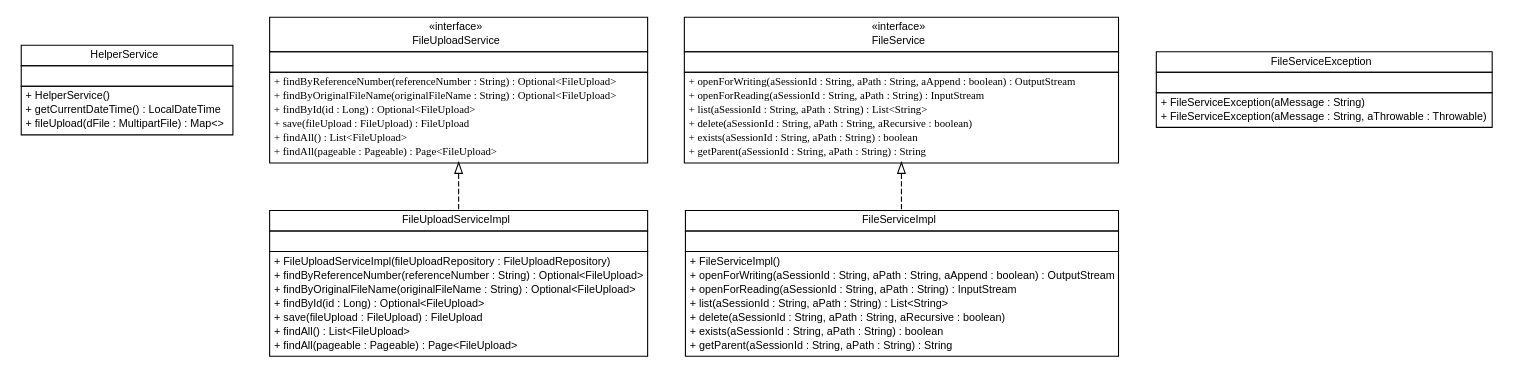
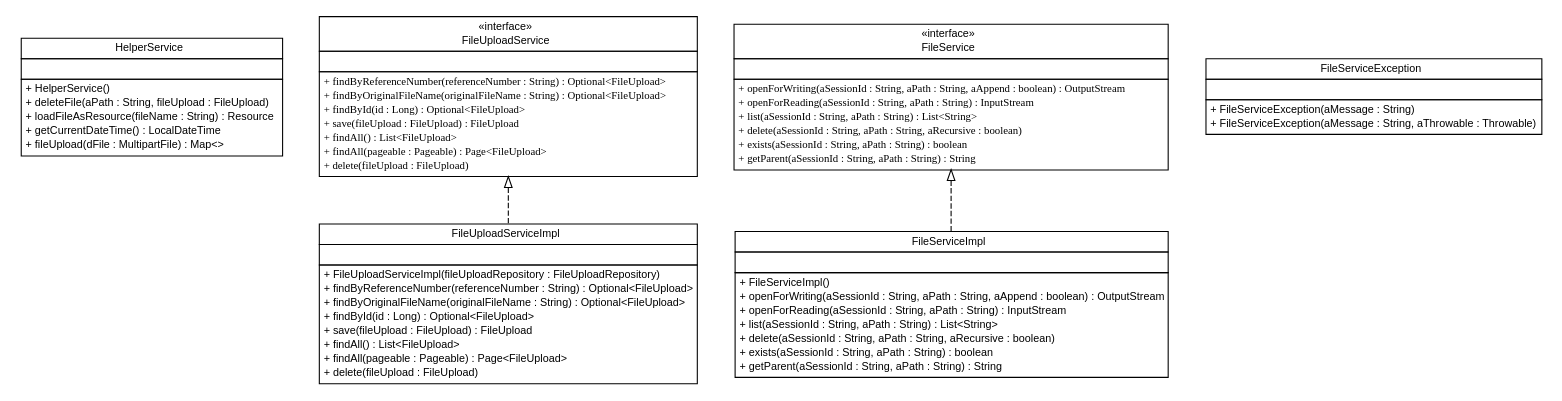
Before and after one commit to kunleawotunbo/exb_fileservice: the diagram in spring-fileservice-demo-project/server/target/apidocs/de/exb/platform/cloud/fileservice/service/de.exb.platform.cloud.fileservice.service.dot, drawn with Graphviz. The commit also changed 100 other files, not shown here.

```diff
--- a/spring-fileservice-demo-project/server/target/apidocs/de/exb/platform/cloud/fileservice/service/de.exb.platform.cloud.fileservice.service.dot
+++ b/spring-fileservice-demo-project/server/target/apidocs/de/exb/platform/cloud/fileservice/service/de.exb.platform.cloud.fileservice.service.dot
@@ -1,115 +1,119 @@
 #!/usr/local/bin/dot
 #
 # Class diagram 
 # Generated by UMLGraph version R5_6 (http://www.umlgraph.org/)
 #
 
 digraph G {
 	edge [fontname="arial",fontsize=10,labelfontname="arial",labelfontsize=10];
 	node [fontname="arial",fontsize=10,shape=plaintext];
 	nodesep=0.25;
 	ranksep=0.5;
 	// de.exb.platform.cloud.fileservice.service.HelperService
 	c122 [label=<<table title="de.exb.platform.cloud.fileservice.service.HelperService" border="0" cellborder="1" cellspacing="0" cellpadding="2" port="p" href="./HelperService.html">
 		<tr><td><table border="0" cellspacing="0" cellpadding="1">
 <tr><td align="center" balign="center"> HelperService </td></tr>
 		</table></td></tr>
 		<tr><td><table border="0" cellspacing="0" cellpadding="1">
 <tr><td align="left" balign="left">  </td></tr>
 		</table></td></tr>
 		<tr><td><table border="0" cellspacing="0" cellpadding="1">
 <tr><td align="left" balign="left"> + HelperService() </td></tr>
+<tr><td align="left" balign="left"> + deleteFile(aPath : String, fileUpload : FileUpload) </td></tr>
+<tr><td align="left" balign="left"> + loadFileAsResource(fileName : String) : Resource </td></tr>
 <tr><td align="left" balign="left"> + getCurrentDateTime() : LocalDateTime </td></tr>
 <tr><td align="left" balign="left"> + fileUpload(dFile : MultipartFile) : Map&lt;&gt; </td></tr>
 		</table></td></tr>
 		</table>>, URL="./HelperService.html", fontname="arial", fontcolor="black", fontsize=10.0];
 	// de.exb.platform.cloud.fileservice.service.FileUploadServiceImpl
 	c123 [label=<<table title="de.exb.platform.cloud.fileservice.service.FileUploadServiceImpl" border="0" cellborder="1" cellspacing="0" cellpadding="2" port="p" href="./FileUploadServiceImpl.html">
 		<tr><td><table border="0" cellspacing="0" cellpadding="1">
 <tr><td align="center" balign="center"> FileUploadServiceImpl </td></tr>
 		</table></td></tr>
 		<tr><td><table border="0" cellspacing="0" cellpadding="1">
 <tr><td align="left" balign="left">  </td></tr>
 		</table></td></tr>
 		<tr><td><table border="0" cellspacing="0" cellpadding="1">
 <tr><td align="left" balign="left"> + FileUploadServiceImpl(fileUploadRepository : FileUploadRepository) </td></tr>
 <tr><td align="left" balign="left"> + findByReferenceNumber(referenceNumber : String) : Optional&lt;FileUpload&gt; </td></tr>
 <tr><td align="left" balign="left"> + findByOriginalFileName(originalFileName : String) : Optional&lt;FileUpload&gt; </td></tr>
 <tr><td align="left" balign="left"> + findById(id : Long) : Optional&lt;FileUpload&gt; </td></tr>
 <tr><td align="left" balign="left"> + save(fileUpload : FileUpload) : FileUpload </td></tr>
 <tr><td align="left" balign="left"> + findAll() : List&lt;FileUpload&gt; </td></tr>
 <tr><td align="left" balign="left"> + findAll(pageable : Pageable) : Page&lt;FileUpload&gt; </td></tr>
+<tr><td align="left" balign="left"> + delete(fileUpload : FileUpload) </td></tr>
 		</table></td></tr>
 		</table>>, URL="./FileUploadServiceImpl.html", fontname="arial", fontcolor="black", fontsize=10.0];
 	// de.exb.platform.cloud.fileservice.service.FileUploadService
 	c124 [label=<<table title="de.exb.platform.cloud.fileservice.service.FileUploadService" border="0" cellborder="1" cellspacing="0" cellpadding="2" port="p" href="./FileUploadService.html">
 		<tr><td><table border="0" cellspacing="0" cellpadding="1">
 <tr><td align="center" balign="center"> &#171;interface&#187; </td></tr>
 <tr><td align="center" balign="center"> FileUploadService </td></tr>
 		</table></td></tr>
 		<tr><td><table border="0" cellspacing="0" cellpadding="1">
 <tr><td align="left" balign="left">  </td></tr>
 		</table></td></tr>
 		<tr><td><table border="0" cellspacing="0" cellpadding="1">
 <tr><td align="left" balign="left"><font face="arial italic" point-size="10.0"> + findByReferenceNumber(referenceNumber : String) : Optional&lt;FileUpload&gt; </font></td></tr>
 <tr><td align="left" balign="left"><font face="arial italic" point-size="10.0"> + findByOriginalFileName(originalFileName : String) : Optional&lt;FileUpload&gt; </font></td></tr>
 <tr><td align="left" balign="left"><font face="arial italic" point-size="10.0"> + findById(id : Long) : Optional&lt;FileUpload&gt; </font></td></tr>
 <tr><td align="left" balign="left"><font face="arial italic" point-size="10.0"> + save(fileUpload : FileUpload) : FileUpload </font></td></tr>
 <tr><td align="left" balign="left"><font face="arial italic" point-size="10.0"> + findAll() : List&lt;FileUpload&gt; </font></td></tr>
 <tr><td align="left" balign="left"><font face="arial italic" point-size="10.0"> + findAll(pageable : Pageable) : Page&lt;FileUpload&gt; </font></td></tr>
+<tr><td align="left" balign="left"><font face="arial italic" point-size="10.0"> + delete(fileUpload : FileUpload) </font></td></tr>
 		</table></td></tr>
 		</table>>, URL="./FileUploadService.html", fontname="arial", fontcolor="black", fontsize=10.0];
 	// de.exb.platform.cloud.fileservice.service.FileServiceImpl
 	c125 [label=<<table title="de.exb.platform.cloud.fileservice.service.FileServiceImpl" border="0" cellborder="1" cellspacing="0" cellpadding="2" port="p" href="./FileServiceImpl.html">
 		<tr><td><table border="0" cellspacing="0" cellpadding="1">
 <tr><td align="center" balign="center"> FileServiceImpl </td></tr>
 		</table></td></tr>
 		<tr><td><table border="0" cellspacing="0" cellpadding="1">
 <tr><td align="left" balign="left">  </td></tr>
 		</table></td></tr>
 		<tr><td><table border="0" cellspacing="0" cellpadding="1">
 <tr><td align="left" balign="left"> + FileServiceImpl() </td></tr>
 <tr><td align="left" balign="left"> + openForWriting(aSessionId : String, aPath : String, aAppend : boolean) : OutputStream </td></tr>
 <tr><td align="left" balign="left"> + openForReading(aSessionId : String, aPath : String) : InputStream </td></tr>
 <tr><td align="left" balign="left"> + list(aSessionId : String, aPath : String) : List&lt;String&gt; </td></tr>
 <tr><td align="left" balign="left"> + delete(aSessionId : String, aPath : String, aRecursive : boolean) </td></tr>
 <tr><td align="left" balign="left"> + exists(aSessionId : String, aPath : String) : boolean </td></tr>
 <tr><td align="left" balign="left"> + getParent(aSessionId : String, aPath : String) : String </td></tr>
 		</table></td></tr>
 		</table>>, URL="./FileServiceImpl.html", fontname="arial", fontcolor="black", fontsize=10.0];
 	// de.exb.platform.cloud.fileservice.service.FileServiceException
 	c126 [label=<<table title="de.exb.platform.cloud.fileservice.service.FileServiceException" border="0" cellborder="1" cellspacing="0" cellpadding="2" port="p" href="./FileServiceException.html">
 		<tr><td><table border="0" cellspacing="0" cellpadding="1">
 <tr><td align="center" balign="center"> FileServiceException </td></tr>
 		</table></td></tr>
 		<tr><td><table border="0" cellspacing="0" cellpadding="1">
 <tr><td align="left" balign="left">  </td></tr>
 		</table></td></tr>
 		<tr><td><table border="0" cellspacing="0" cellpadding="1">
 <tr><td align="left" balign="left"> + FileServiceException(aMessage : String) </td></tr>
 <tr><td align="left" balign="left"> + FileServiceException(aMessage : String, aThrowable : Throwable) </td></tr>
 		</table></td></tr>
 		</table>>, URL="./FileServiceException.html", fontname="arial", fontcolor="black", fontsize=10.0];
 	// de.exb.platform.cloud.fileservice.service.FileService
 	c127 [label=<<table title="de.exb.platform.cloud.fileservice.service.FileService" border="0" cellborder="1" cellspacing="0" cellpadding="2" port="p" href="./FileService.html">
 		<tr><td><table border="0" cellspacing="0" cellpadding="1">
 <tr><td align="center" balign="center"> &#171;interface&#187; </td></tr>
 <tr><td align="center" balign="center"> FileService </td></tr>
 		</table></td></tr>
 		<tr><td><table border="0" cellspacing="0" cellpadding="1">
 <tr><td align="left" balign="left">  </td></tr>
 		</table></td></tr>
 		<tr><td><table border="0" cellspacing="0" cellpadding="1">
 <tr><td align="left" balign="left"><font face="arial italic" point-size="10.0"> + openForWriting(aSessionId : String, aPath : String, aAppend : boolean) : OutputStream </font></td></tr>
 <tr><td align="left" balign="left"><font face="arial italic" point-size="10.0"> + openForReading(aSessionId : String, aPath : String) : InputStream </font></td></tr>
 <tr><td align="left" balign="left"><font face="arial italic" point-size="10.0"> + list(aSessionId : String, aPath : String) : List&lt;String&gt; </font></td></tr>
 <tr><td align="left" balign="left"><font face="arial italic" point-size="10.0"> + delete(aSessionId : String, aPath : String, aRecursive : boolean) </font></td></tr>
 <tr><td align="left" balign="left"><font face="arial italic" point-size="10.0"> + exists(aSessionId : String, aPath : String) : boolean </font></td></tr>
 <tr><td align="left" balign="left"><font face="arial italic" point-size="10.0"> + getParent(aSessionId : String, aPath : String) : String </font></td></tr>
 		</table></td></tr>
 		</table>>, URL="./FileService.html", fontname="arial", fontcolor="black", fontsize=10.0];
 	//de.exb.platform.cloud.fileservice.service.FileUploadServiceImpl implements de.exb.platform.cloud.fileservice.service.FileUploadService
 	c124:p -> c123:p [dir=back,arrowtail=empty,style=dashed];
 	//de.exb.platform.cloud.fileservice.service.FileServiceImpl implements de.exb.platform.cloud.fileservice.service.FileService
 	c127:p -> c125:p [dir=back,arrowtail=empty,style=dashed];
 }
```
